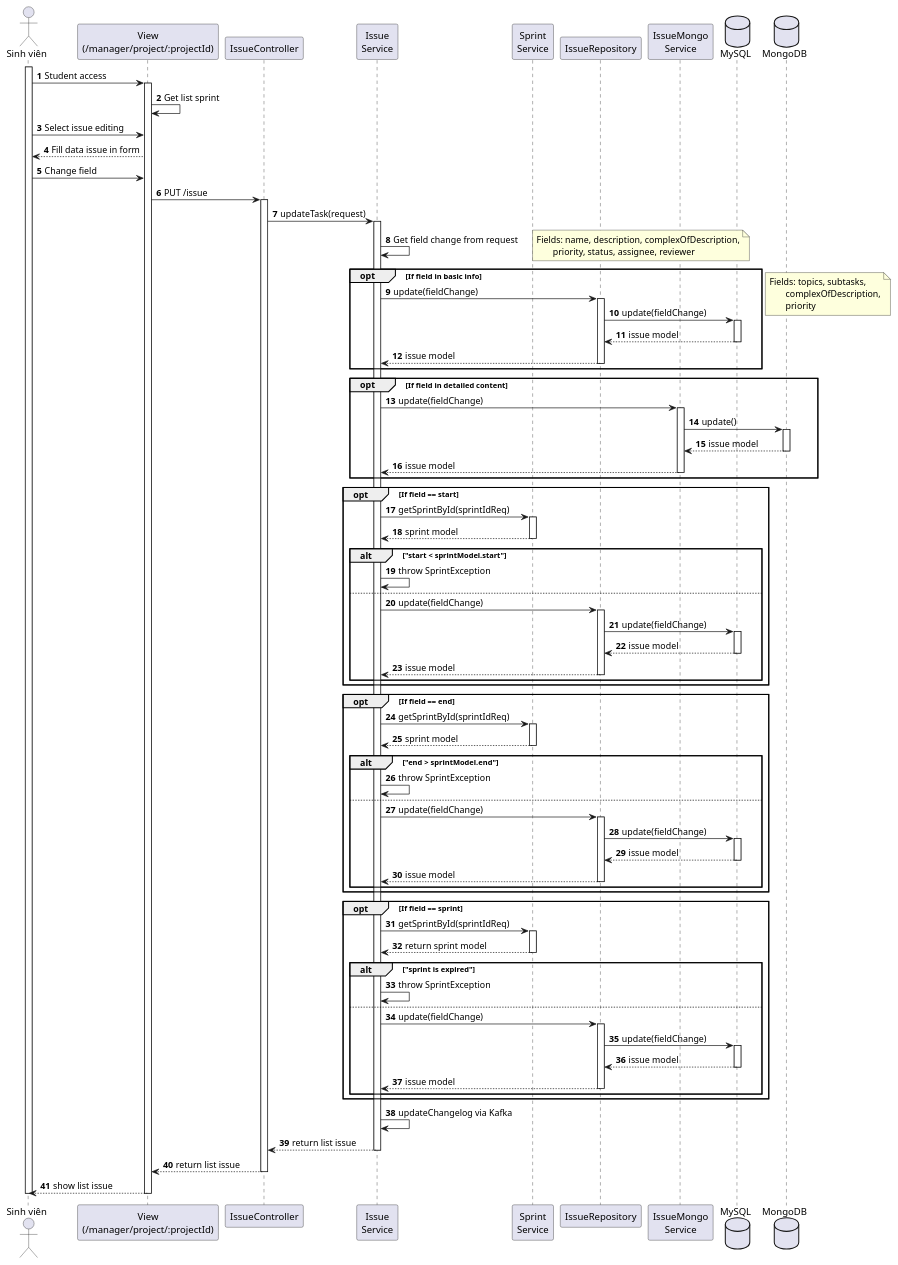
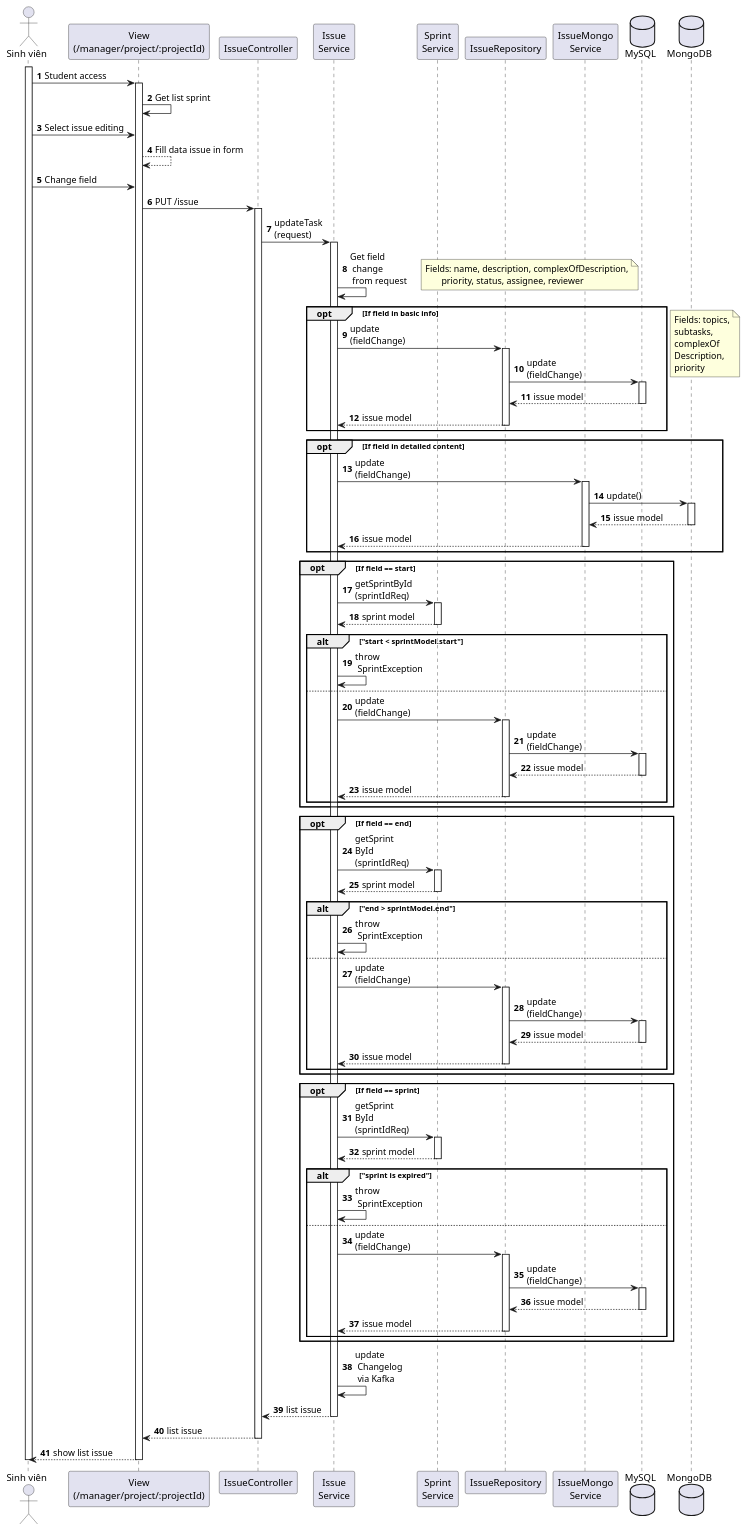
The diagram in swagger/sequence/student/issue_update.puml (tandang2003/KLTN-Agile-Scrum-Tuan-Duc), drawn with PlantUML before and after one commit. The commit also changed 29 other files, not shown here.

Commit message:
add sequence

```diff
--- a/swagger/sequence/student/issue_update.puml
+++ b/swagger/sequence/student/issue_update.puml
@@ -1,130 +1,132 @@
 @startuml
 autonumber
 actor "Sinh viên" as SV
 participant "View\n(/manager/project/:projectId)" as View
 participant "IssueController" as Controller
 participant "Issue\nService" as Service
 participant "Sprint\nService" as SprintService
 participant "IssueRepository" as Repo
 participant "IssueMongo\nService" as IssueMongoService
 database "MySQL" as MySQL
 database "MongoDB" as MongoDB
 
 activate SV
 SV -> View : Student access
 activate View
 View -> View : Get list sprint
 
 SV -> View : Select issue editing
-View --> SV: Fill data issue in form
+View --> View: Fill data issue in form
 SV -> View: Change field
 
 View -> Controller : PUT /issue
 activate Controller
-Controller -> Service : updateTask(request)
+Controller -> Service : updateTask\n(request)
 activate Service
-Service -> Service : Get field change from request
+Service -> Service : Get field \n change \n from request
 
 opt If field in basic info
     note right
     Fields: name, description, complexOfDescription,
            priority, status, assignee, reviewer
     end note
-    Service -> Repo: update(fieldChange)
+    Service -> Repo: update\n(fieldChange)
     activate Repo
-    Repo -> MySQL: update(fieldChange)
+    Repo -> MySQL: update\n(fieldChange)
     activate MySQL
     MySQL --> Repo: issue model
     deactivate MySQL
     Repo --> Service: issue model
     deactivate Repo
 end
 
 opt If field in detailed content
     note right
-    Fields: topics, subtasks,
-           complexOfDescription,
-           priority
+    Fields: topics,
+    subtasks,
+    complexOf
+    Description,
+    priority
     end note
-    Service -> IssueMongoService : update(fieldChange)
+    Service -> IssueMongoService : update\n(fieldChange)
     activate IssueMongoService
     IssueMongoService -> MongoDB: update()
     activate MongoDB
     MongoDB --> IssueMongoService: issue model
     deactivate MongoDB
     IssueMongoService --> Service: issue model
     deactivate IssueMongoService
 end
 
 opt If field == start
-    Service -> SprintService: getSprintById(sprintIdReq)
+    Service -> SprintService: getSprintById\n(sprintIdReq)
     activate SprintService
     SprintService --> Service: sprint model
     deactivate SprintService
 
     alt "start < sprintModel.start"
-        Service -> Service: throw SprintException
+        Service -> Service: throw \n SprintException
     else
-        Service -> Repo: update(fieldChange)
+        Service -> Repo: update\n(fieldChange)
         activate Repo
-        Repo -> MySQL: update(fieldChange)
+        Repo -> MySQL: update\n(fieldChange)
         activate MySQL
         MySQL --> Repo: issue model
         deactivate MySQL
         Repo --> Service: issue model
         deactivate Repo
     end
 end
 
 opt If field == end
-    Service -> SprintService: getSprintById(sprintIdReq)
+    Service -> SprintService: getSprint\nById\n(sprintIdReq)
     activate SprintService
     SprintService --> Service: sprint model
     deactivate SprintService
 
     alt "end > sprintModel.end"
-        Service -> Service: throw SprintException
+        Service -> Service: throw \n SprintException
     else
-        Service -> Repo: update(fieldChange)
+        Service -> Repo: update\n(fieldChange)
         activate Repo
-        Repo -> MySQL: update(fieldChange)
+        Repo -> MySQL: update\n(fieldChange)
         activate MySQL
         MySQL --> Repo: issue model
         deactivate MySQL
         Repo --> Service: issue model
         deactivate Repo
     end
 end
 
 opt If field == sprint
-    Service -> SprintService: getSprintById(sprintIdReq)
+    Service -> SprintService: getSprint\nById\n(sprintIdReq)
     activate SprintService
-    SprintService --> Service: return sprint model
+    SprintService --> Service:  sprint model
     deactivate SprintService
 
     alt "sprint is expired"
-        Service -> Service: throw SprintException
+        Service -> Service: throw \n SprintException
     else
-        Service -> Repo: update(fieldChange)
+        Service -> Repo: update\n(fieldChange)
         activate Repo
-        Repo -> MySQL: update(fieldChange)
+        Repo -> MySQL: update\n(fieldChange)
         activate MySQL
         MySQL --> Repo: issue model
         deactivate MySQL
         Repo --> Service: issue model
         deactivate Repo
     end
 end
 
-Service -> Service: updateChangelog via Kafka
+Service -> Service: update \n Changelog \n via Kafka
 
-Service --> Controller : return list issue
+Service --> Controller :  list issue
 deactivate Service
 
-Controller --> View : return list issue
+Controller --> View :  list issue
 deactivate Controller
 
 View --> SV : show list issue
 deactivate View
 deactivate SV
 @enduml
```
